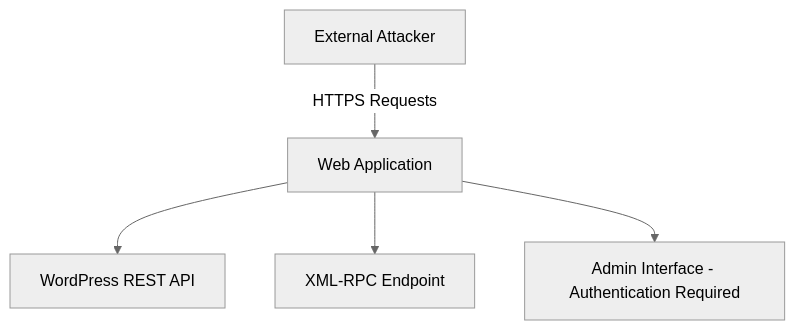
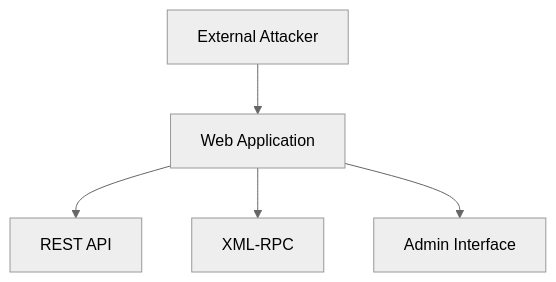
Before and after one commit to Emmy241/External-Web-Application-VAPT: the second of 2 diagrams in README.md, drawn with Mermaid (neutral theme). The commit also changed other lines of this file, not shown here.

````diff
--- a/README.md
+++ b/README.md
@@ -70,8 +65,7 @@
 ```mermaid
 flowchart TD
-    Attacker[External Attacker]
-    Attacker -->|HTTPS Requests| WebApp[Web Application]
-    WebApp --> REST[WordPress REST API]
-    WebApp --> XMLRPC[XML-RPC Endpoint]
-    WebApp --> Admin[Admin Interface - Authentication Required]
+    Attacker[External Attacker] --> WebApp[Web Application]
+    WebApp --> REST[REST API]
+    WebApp --> XMLRPC[XML-RPC]
+    WebApp --> Admin[Admin Interface]
 ```
````
